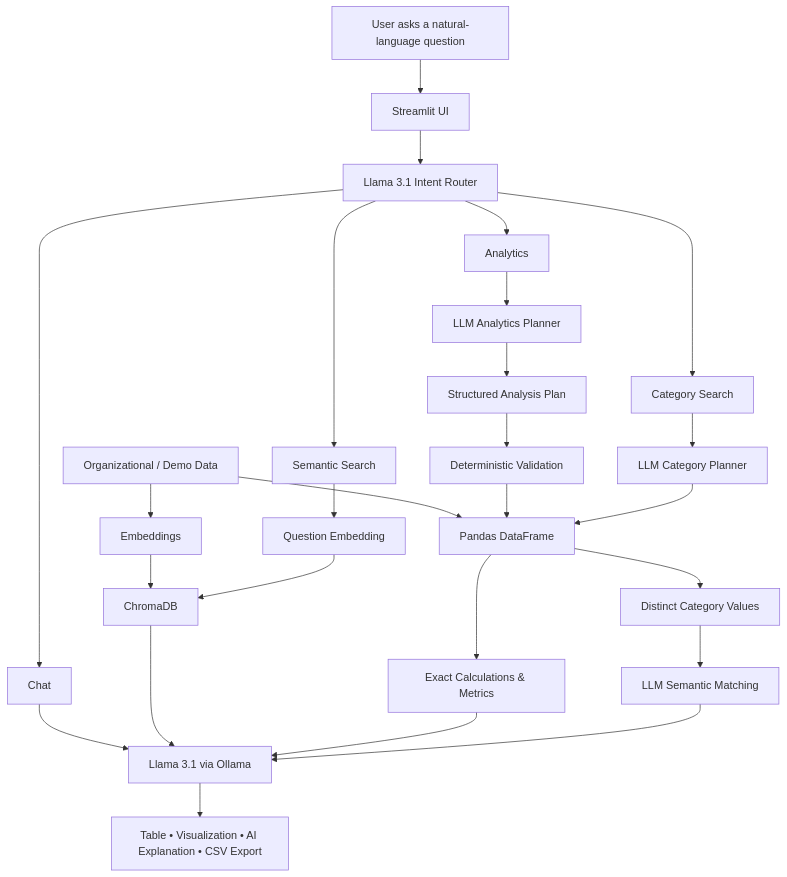
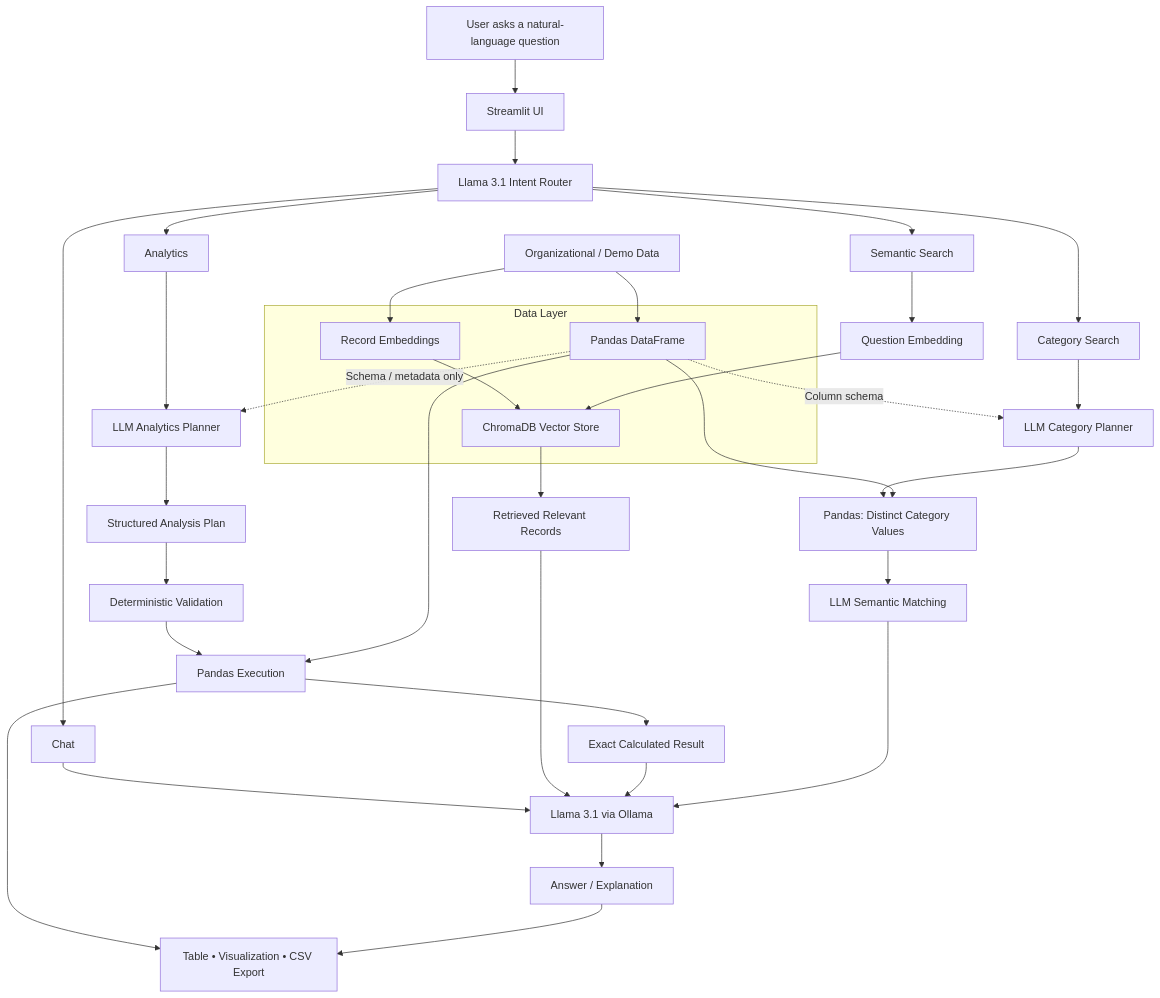
Before and after one commit to ahmed-ishtiaque/in-house-llm-data-analytics-assistant: the diagram in README.md, drawn with Mermaid. The commit also changed other lines of this file, not shown here.

Commit message:
Clarify separation between data and LLM layers

````diff
--- a/README.md
+++ b/README.md
@@ -66,36 +68,49 @@
 ```mermaid
 flowchart TD
     DATA[Organizational / Demo Data]
-    DATA --> DF[Pandas DataFrame]
-    DATA --> EMB[Embeddings]
-    EMB --> CHROMA[ChromaDB]
+
+    subgraph DL[Data Layer]
+        DF[Pandas DataFrame]
+        EMB[Record Embeddings]
+        CHROMA[ChromaDB Vector Store]
+        EMB --> CHROMA
+    end
+
+    DATA --> DF
+    DATA --> EMB
 
     USER[User asks a natural-language question] --> UI[Streamlit UI]
     UI --> ROUTER[Llama 3.1 Intent Router]
 
     ROUTER --> CHAT[Chat]
     ROUTER --> SEM[Semantic Search]
     ROUTER --> ANA[Analytics]
     ROUTER --> CAT[Category Search]
 
     CHAT --> LLM[Llama 3.1 via Ollama]
 
     SEM --> QEMB[Question Embedding]
     QEMB --> CHROMA
-    CHROMA --> LLM
+    CHROMA --> CONTEXT[Retrieved Relevant Records]
+    CONTEXT --> LLM
 
     ANA --> PLAN[LLM Analytics Planner]
+    DF -. Schema / metadata only .-> PLAN
     PLAN --> JSON[Structured Analysis Plan]
     JSON --> VALIDATE[Deterministic Validation]
-    VALIDATE --> DF
-    DF --> CALC[Exact Calculations & Metrics]
+    VALIDATE --> EXEC[Pandas Execution]
+    DF --> EXEC
+    EXEC --> CALC[Exact Calculated Result]
     CALC --> LLM
 
     CAT --> CATPLAN[LLM Category Planner]
-    CATPLAN --> DF
-    DF --> DISTINCT[Distinct Category Values]
+    DF -. Column schema .-> CATPLAN
+    CATPLAN --> DISTINCT[Pandas: Distinct Category Values]
+    DF --> DISTINCT
     DISTINCT --> MATCH[LLM Semantic Matching]
     MATCH --> LLM
 
-    LLM --> OUTPUT[Table • Visualization • AI Explanation • CSV Export]
+    LLM --> OUTPUT[Answer / Explanation]
+    EXEC --> PRESENT[Table • Visualization • CSV Export]
+    OUTPUT --> PRESENT
 ```
````
